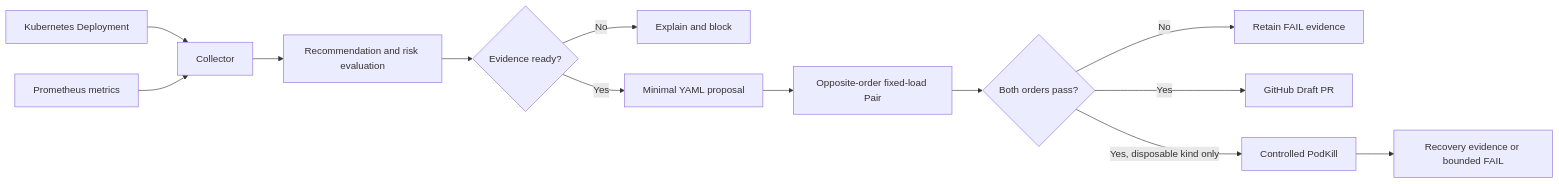
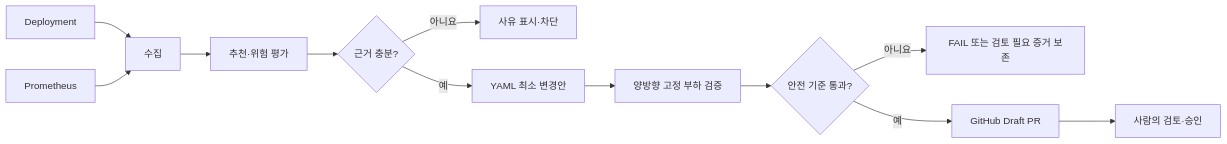
Before and after one commit to sangmu1126/Kubefit: the diagram in README.md, drawn with Mermaid. The commit also changed other lines of this file and 6 other files, not shown here.

````diff
--- a/README.md
+++ b/README.md
@@ -48,15 +27,14 @@
 ```mermaid
 flowchart LR
-    K[Kubernetes Deployment] --> C[Collector]
-    P[Prometheus metrics] --> C
-    C --> R[Recommendation and risk evaluation]
-    R --> G{Evidence ready?}
-    G -->|No| X[Explain and block]
-    G -->|Yes| Y[Minimal YAML proposal]
-    Y --> B[Opposite-order fixed-load Pair]
-    B --> V{Both orders pass?}
-    V -->|No| F[Retain FAIL evidence]
-    V -->|Yes| D[GitHub Draft PR]
-    V -->|Yes, disposable kind only| Q[Controlled PodKill]
-    Q --> E[Recovery evidence or bounded FAIL]
+    K[Deployment] --> C[수집]
+    P[Prometheus] --> C
+    C --> R[추천·위험 평가]
+    R --> G{근거 충분?}
+    G -->|아니요| X[사유 표시·차단]
+    G -->|예| Y[YAML 최소 변경안]
+    Y --> B[양방향 고정 부하 검증]
+    B --> V{안전 기준 통과?}
+    V -->|아니요| F[FAIL 또는 검토 필요 증거 보존]
+    V -->|예| D[GitHub Draft PR]
+    D --> H[사람의 검토·승인]
 ```
````
